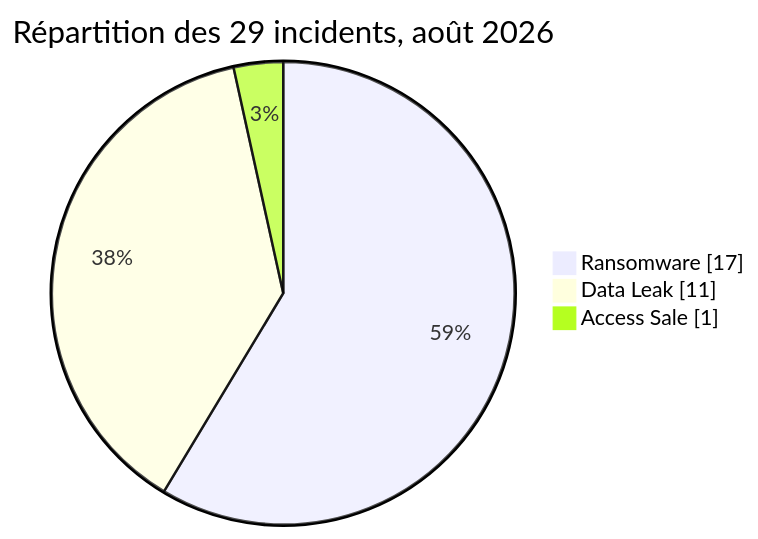
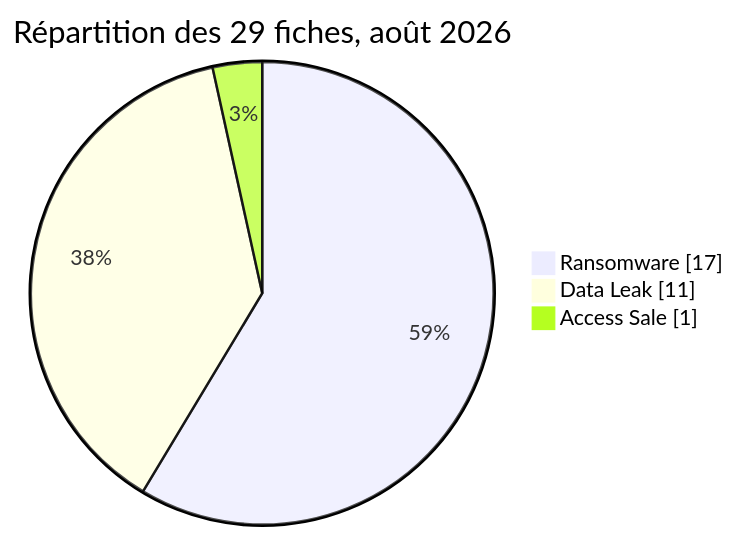
Before and after one commit to Hatchepsoute/AFRINTEL: the diagram in CyberAttackAfrica/2026/08-august/README_FR.md, drawn with Mermaid. The commit also changed other lines of this file and 3 other files, not shown here.

````diff
--- a/CyberAttackAfrica/2026/08-august/README_FR.md
+++ b/CyberAttackAfrica/2026/08-august/README_FR.md
@@ -71,7 +69,7 @@
 ```mermaid
 pie showData
-    title Répartition des 29 incidents, août 2026
+    title Répartition des 29 fiches, août 2026
     "Ransomware" : 17
     "Data Leak" : 11
     "Access Sale" : 1
 ```
````
